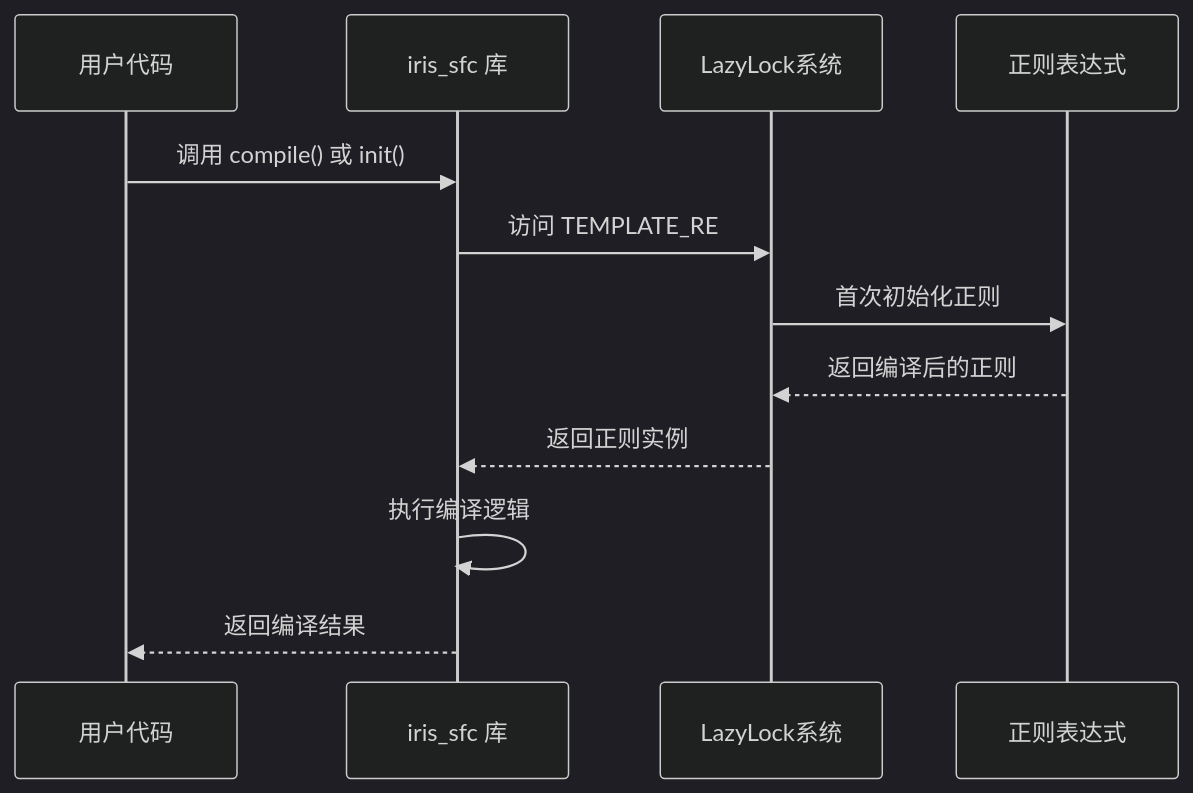
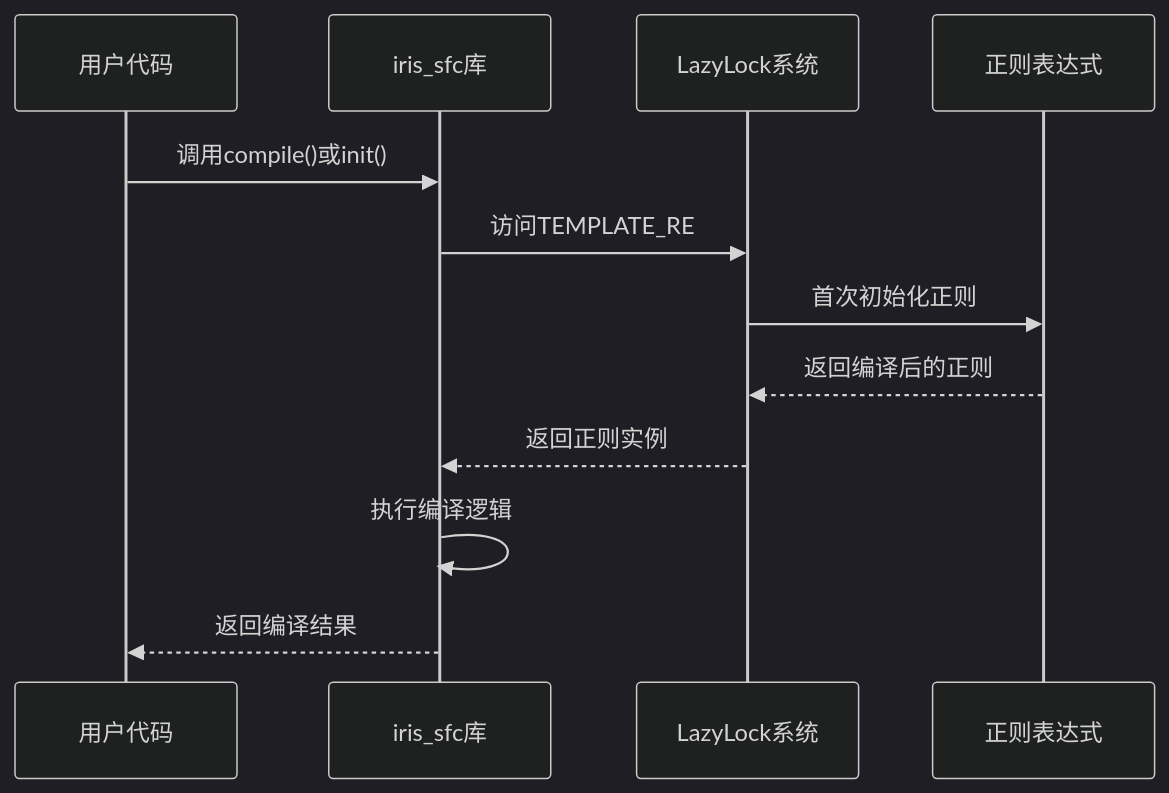
Before and after one commit to itszzl-sudo/iris: the eighth of 23 diagrams in .qoder/repowiki/zh/content/技术架构详解/即时转译系统/SFC编译器初始化机制/SFC编译器初始化机制.md, drawn with Mermaid (dark theme). The commit also changed other lines of this file and 7 other files, not shown here.

````diff
--- a/.qoder/repowiki/zh/content/技术架构详解/即时转译系统/SFC编译器初始化机制/SFC编译器初始化机制.md
+++ b/.qoder/repowiki/zh/content/技术架构详解/即时转译系统/SFC编译器初始化机制/SFC编译器初始化机制.md
@@ -389,14 +390,14 @@
 ```mermaid
 sequenceDiagram
 participant User as 用户代码
-participant Lib as iris_sfc 库
+participant Lib as iris_sfc库
 participant Lazy as LazyLock系统
 participant Regex as 正则表达式
-User->>Lib : 调用 compile() 或 init()
-Lib->>Lazy : 访问 TEMPLATE_RE
+User->>Lib : 调用compile()或init()
+Lib->>Lazy : 访问TEMPLATE_RE
 Lazy->>Regex : 首次初始化正则
 Regex-->>Lazy : 返回编译后的正则
 Lazy-->>Lib : 返回正则实例
 Lib->>Lib : 执行编译逻辑
 Lib-->>User : 返回编译结果
 ```
````
